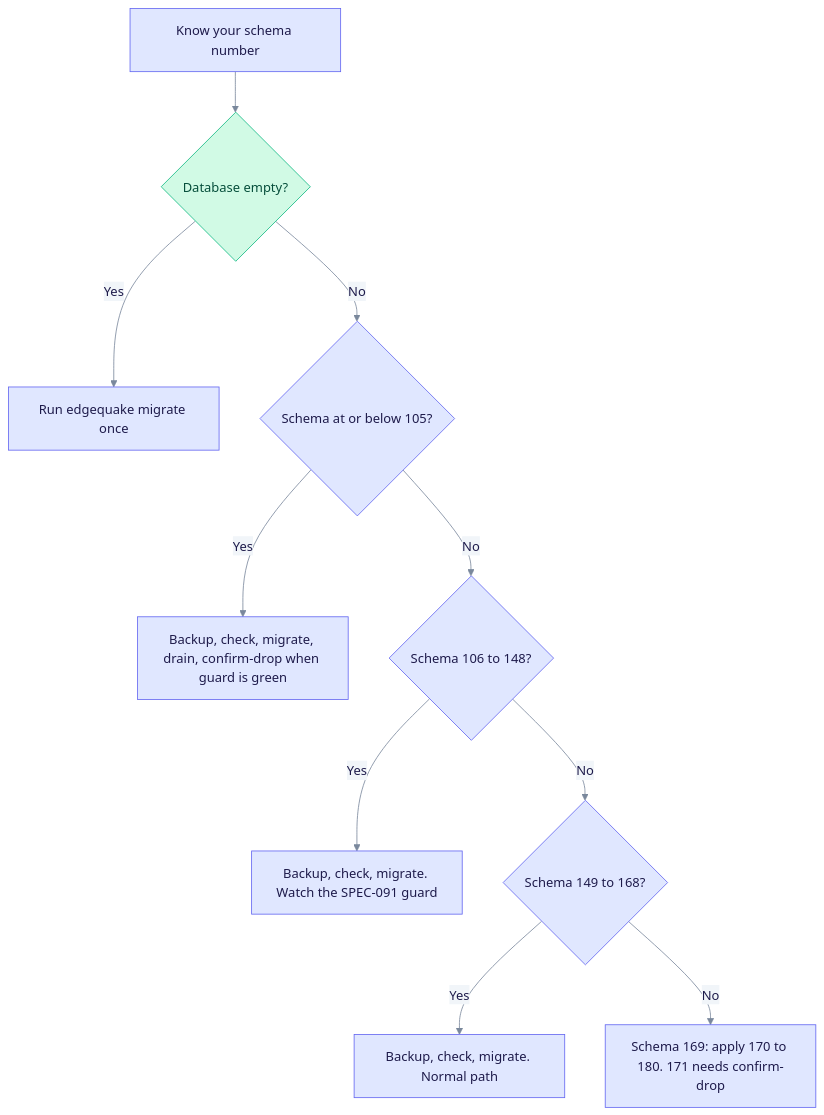
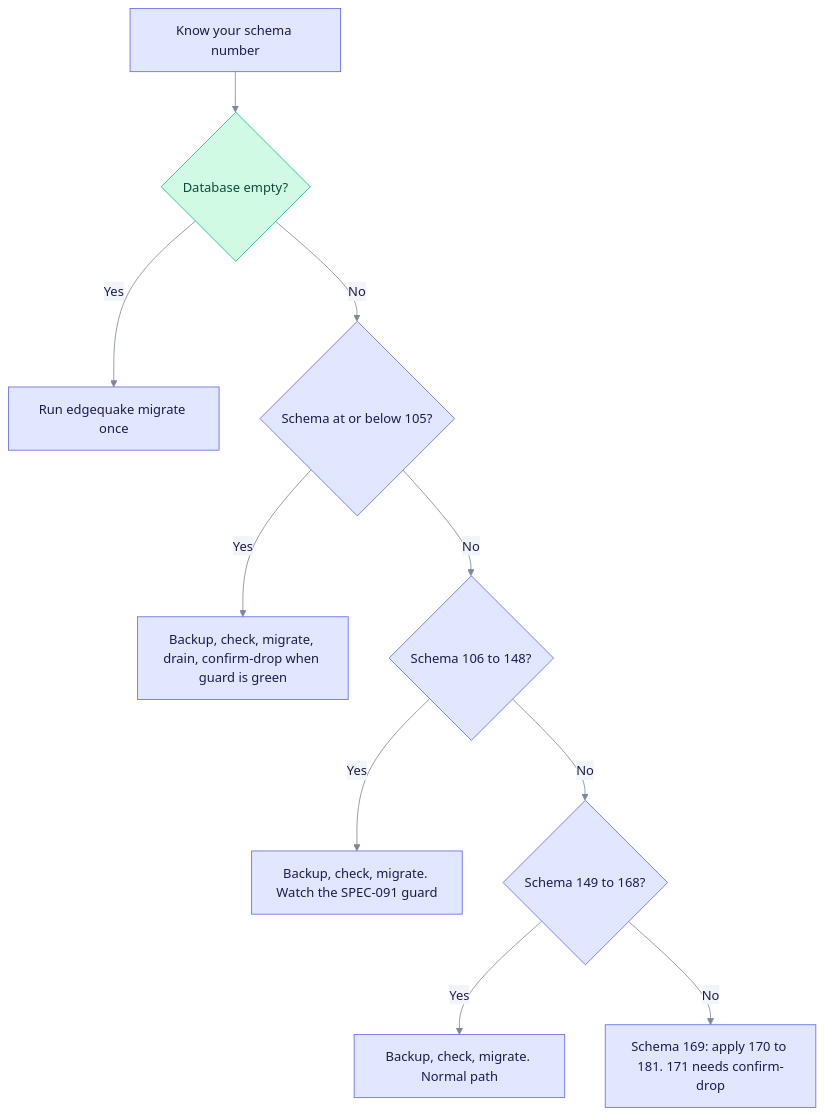
The first of 3 diagrams in docs/operations/upgrading.md (YatchiYa/edgequake), drawn with Mermaid before and after one commit. The commit also changed other lines of this file and 9 other files, not shown here.

````diff
--- a/docs/operations/upgrading.md
+++ b/docs/operations/upgrading.md
@@ -24,17 +24,17 @@
 ```mermaid
 %%{init: {"theme":"base","themeVariables":{"primaryColor":"#E0E7FF","primaryBorderColor":"#6366F1","primaryTextColor":"#1E1B4B","secondaryColor":"#D1FAE5","secondaryBorderColor":"#10B981","secondaryTextColor":"#064E3B","tertiaryColor":"#FEF3C7","tertiaryBorderColor":"#F59E0B","tertiaryTextColor":"#6B7A90","lineColor":"#7A889C","clusterBkg":"rgba(99,102,241,0.07)","clusterBorder":"#A5B4FC","noteBkgColor":"#FEF9C3","noteTextColor":"#422006","textColor":"#6B7A90","titleColor":"#6B7A90","signalColor":"#7A889C","signalTextColor":"#6B7A90","loopTextColor":"#6B7A90","edgeLabelBackground":"#F1F5F9","actorLineColor":"#94A3B8"}}}%%
 %% eq-theme:v1
 flowchart TD
   A["Know your schema number"] --> B{"Database empty?"}
   B -->|Yes| C["Run edgequake migrate once"]
   B -->|No| D{"Schema at or below 105?"}
   D -->|Yes| E["Backup, check, migrate, drain, confirm-drop when guard is green"]
   D -->|No| F{"Schema 106 to 148?"}
   F -->|Yes| G["Backup, check, migrate. Watch the SPEC-091 guard"]
   F -->|No| H{"Schema 149 to 168?"}
   H -->|Yes| I["Backup, check, migrate. Normal path"]
-  H -->|No| J["Schema 169: apply 170 to 180. 171 needs confirm-drop"]
+  H -->|No| J["Schema 169: apply 170 to 181. 171 needs confirm-drop"]
 %% eq-classes
 classDef eqStore fill:#D1FAE5,stroke:#10B981,color:#064E3B
 class B eqStore
 ```
````
